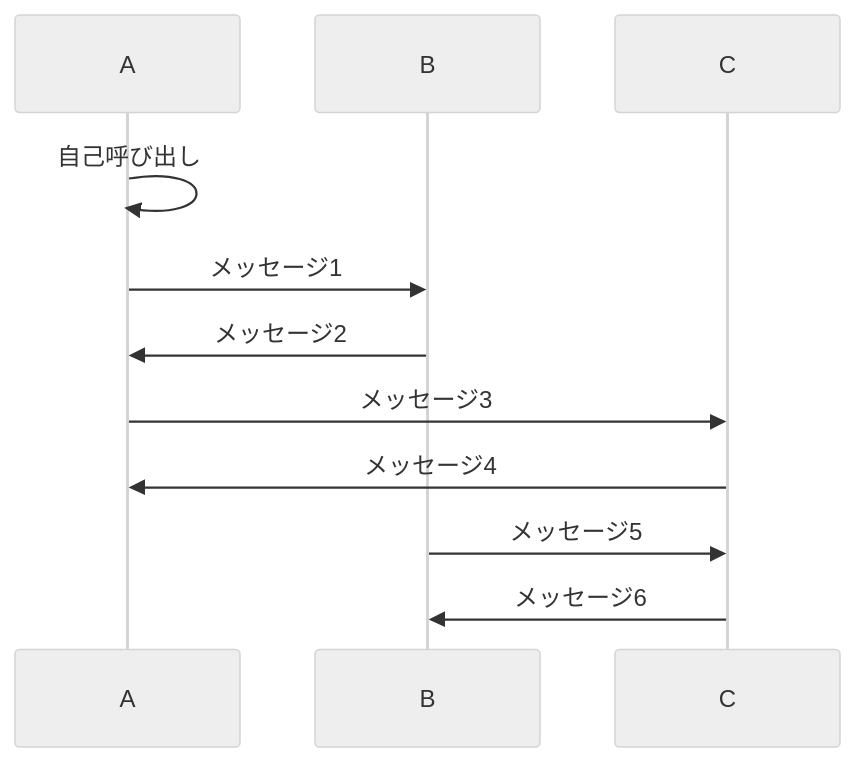
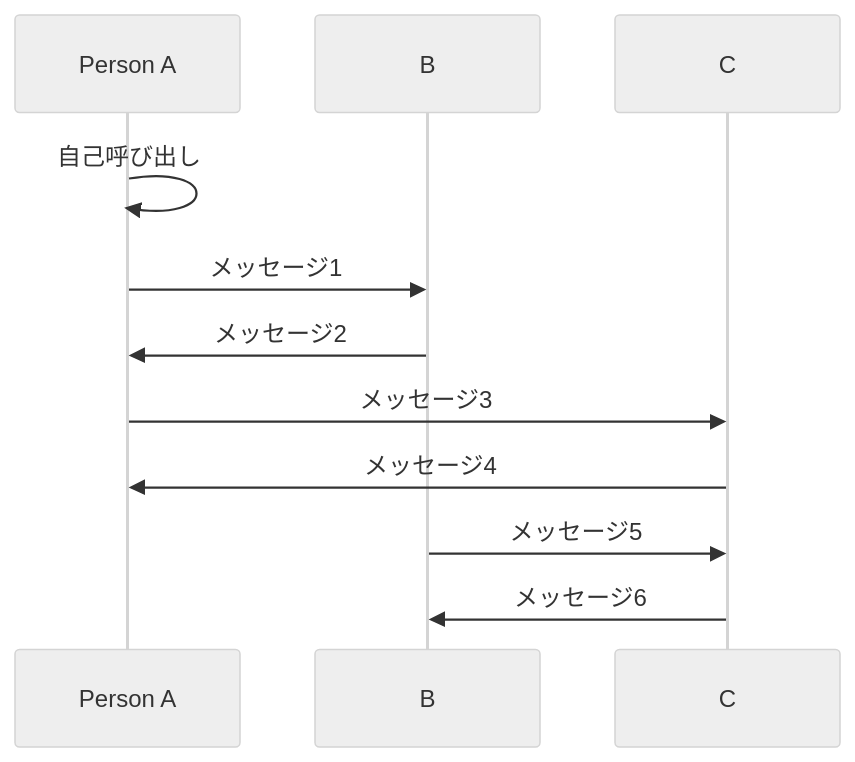
The second of 3 diagrams in README.md (tpu-game-2023/mermaid_test), drawn with Mermaid (neutral theme) before and after one commit.

````diff
--- a/README.md
+++ b/README.md
@@ -41,17 +41,17 @@
 ```mermaid
 sequenceDiagram
-     participant A as  A
+     participant A as Person A
     participant B as  B
     participant C as  C
 
     A ->> A: 自己呼び出し
 
     A ->> B: メッセージ1
     B ->> A: メッセージ2
 
     A ->> C: メッセージ3
     C ->> A: メッセージ4
 
     B ->> C: メッセージ5
     C ->> B: メッセージ6
 ```
````
